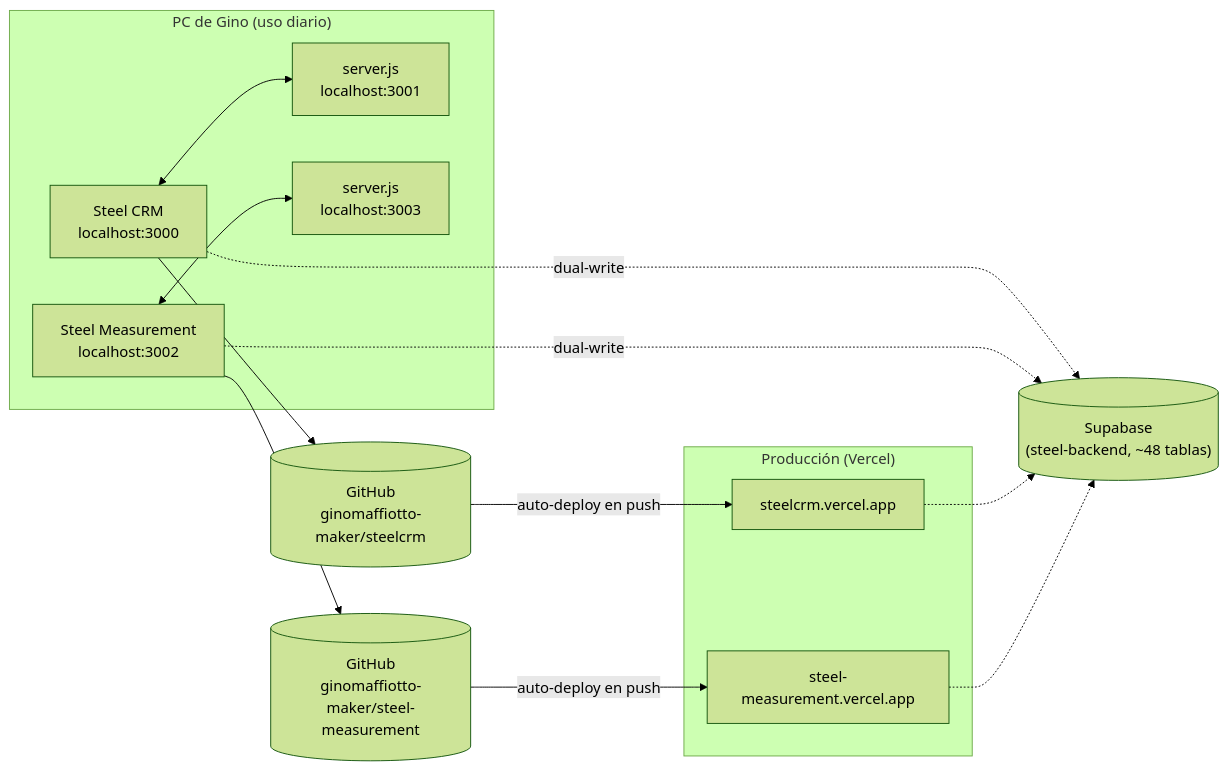
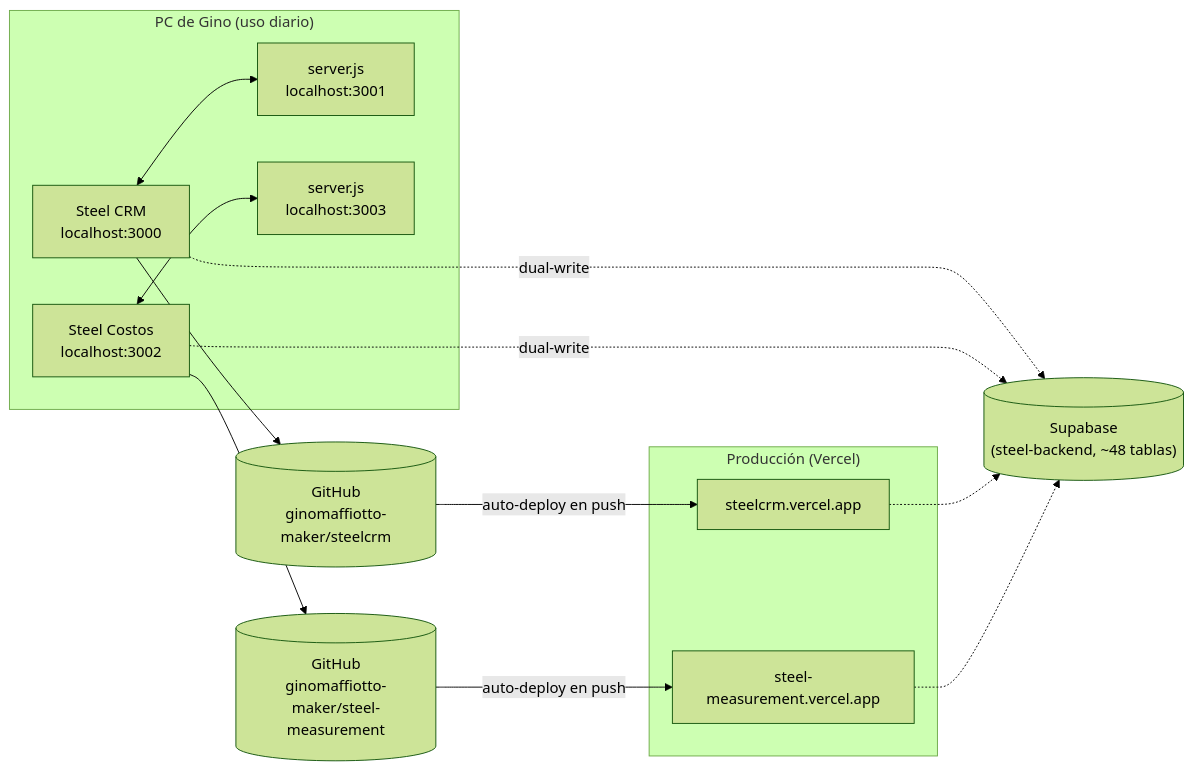
One commit to ginomaffiotto-maker/steel-measurement changed the diagram in ARQUITECTURA-COMPARTIDA.md. Above: the diagram before and after it, drawn with Mermaid (forest theme). The commit also changed other lines of this file and 8 other files, not shown here.

First line of the commit message:
Fase 5 (parte 2): rebranding en la documentación técnica compartida — "Steel Measurement" → "Steel Costos"

````diff
--- a/ARQUITECTURA-COMPARTIDA.md
+++ b/ARQUITECTURA-COMPARTIDA.md
@@ -18,28 +18,28 @@
 ```mermaid
 flowchart LR
     subgraph LOCAL["PC de Gino (uso diario)"]
         CRMlocal["Steel CRM<br/>localhost:3000"]
-        SMlocal["Steel Measurement<br/>localhost:3002"]
+        SMlocal["Steel Costos<br/>localhost:3002"]
         SRVcrm["server.js<br/>localhost:3001"]
         SRVsm["server.js<br/>localhost:3003"]
     end
 
     subgraph PROD["Producción (Vercel)"]
         CRMprod["steelcrm.vercel.app"]
         SMprod["steel-measurement.vercel.app"]
     end
 
     GH1[("GitHub<br/>ginomaffiotto-maker/steelcrm")]
     GH2[("GitHub<br/>ginomaffiotto-maker/steel-measurement")]
 
     SB[("Supabase<br/>(steel-backend, ~48 tablas)")]
 
     CRMlocal <--> SRVcrm
     SMlocal <--> SRVsm
     CRMlocal --> GH1 -->|auto-deploy en push| CRMprod
     SMlocal --> GH2 -->|auto-deploy en push| SMprod
     CRMlocal -.dual-write.-> SB
     SMlocal -.dual-write.-> SB
     CRMprod -.-> SB
     SMprod -.-> SB
 ```
````
